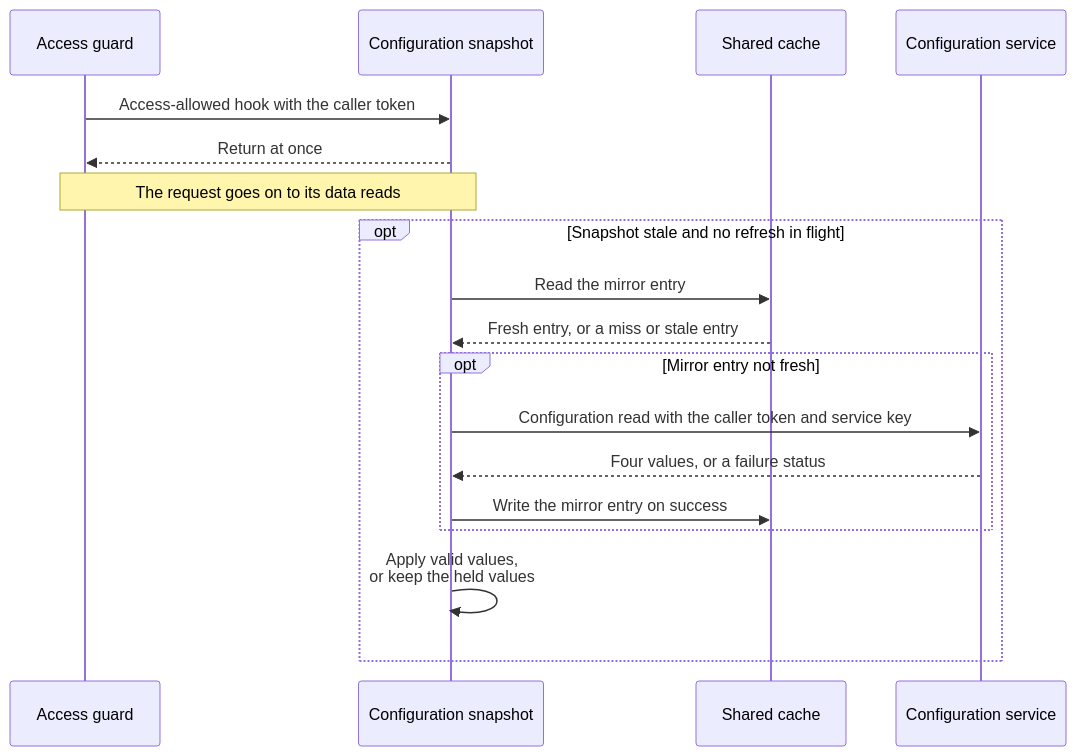
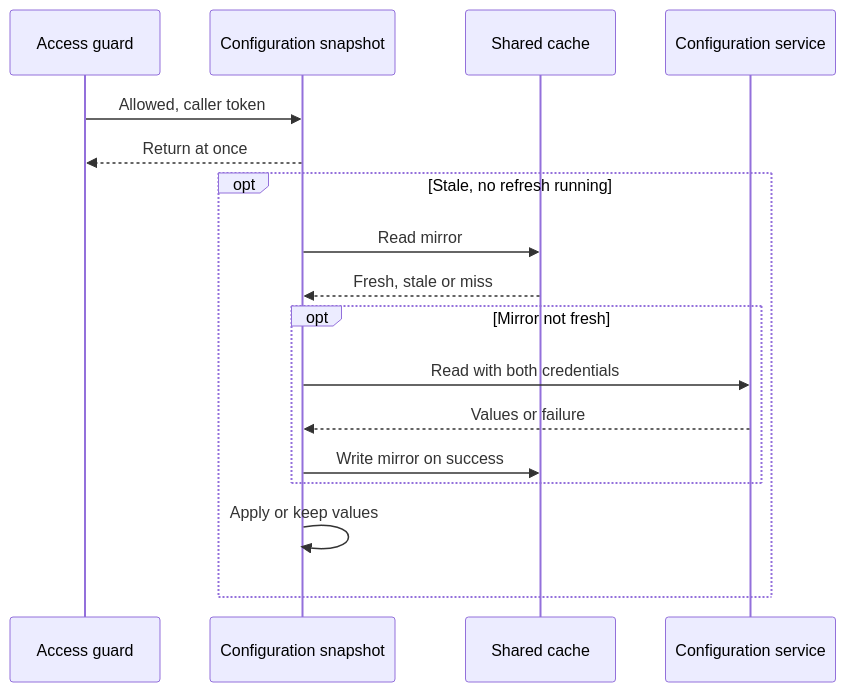
One commit to blitzy-public-samples/aws-carddemo-blitzy changed the diagram in docs/backlog/epics/CS-11-config-service-integration/stories/CS-11-006-config-client-with-cached-values-and-built-in-defaults.md. Above: the diagram before and after it, drawn with Mermaid. The commit also changed other lines of this file and 6 other files, not shown here.

````diff
--- a/docs/backlog/epics/CS-11-config-service-integration/stories/CS-11-006-config-client-with-cached-values-and-built-in-defaults.md
+++ b/docs/backlog/epics/CS-11-config-service-integration/stories/CS-11-006-config-client-with-cached-values-and-built-in-defaults.md
@@ -166,20 +170,19 @@
 ```mermaid
 sequenceDiagram
     participant Guard as Access guard
     participant Snapshot as Configuration snapshot
     participant Cache as Shared cache
     participant Config as Configuration service
-    Guard->>Snapshot: Access-allowed hook with the caller token
+    Guard->>Snapshot: Allowed, caller token
     Snapshot-->>Guard: Return at once
-    Note over Guard,Snapshot: The request goes on to its data reads
-    opt Snapshot stale and no refresh in flight
-        Snapshot->>Cache: Read the mirror entry
-        Cache-->>Snapshot: Fresh entry, or a miss or stale entry
-        opt Mirror entry not fresh
-            Snapshot->>Config: Configuration read with the caller token and service key
-            Config-->>Snapshot: Four values, or a failure status
-            Snapshot->>Cache: Write the mirror entry on success
+    opt Stale, no refresh running
+        Snapshot->>Cache: Read mirror
+        Cache-->>Snapshot: Fresh, stale or miss
+        opt Mirror not fresh
+            Snapshot->>Config: Read with both credentials
+            Config-->>Snapshot: Values or failure
+            Snapshot->>Cache: Write mirror on success
         end
-        Snapshot->>Snapshot: Apply valid values,<br/>or keep the held values
+        Snapshot->>Snapshot: Apply or keep values
     end
 ```
````
